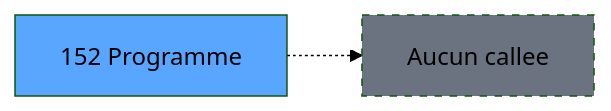
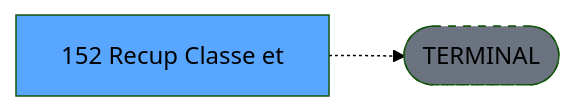
Before and after one commit to thonyAGP/lecteur-magic: the third of 3 diagrams in .openspec/specs/ADH-IDE-152.md, drawn with Mermaid (forest theme). The commit also changed other lines of this file and 701 other files, not shown here.

````diff
--- a/.openspec/specs/ADH-IDE-152.md
+++ b/.openspec/specs/ADH-IDE-152.md
@@ -152,8 +136,8 @@
 ```mermaid
 graph LR
-    T[152 Programme]
-    NONE[Aucun callee]
-    T -.-> NONE
+    T[152 Recup Classe et]
+    TERM([TERMINAL])
+    T -.-> TERM
+    style TERM fill:#6b7280,stroke-dasharray: 5 5
     style T fill:#58a6ff,color:#000
-    style NONE fill:#6b7280,stroke-dasharray: 5 5
 ```
````
